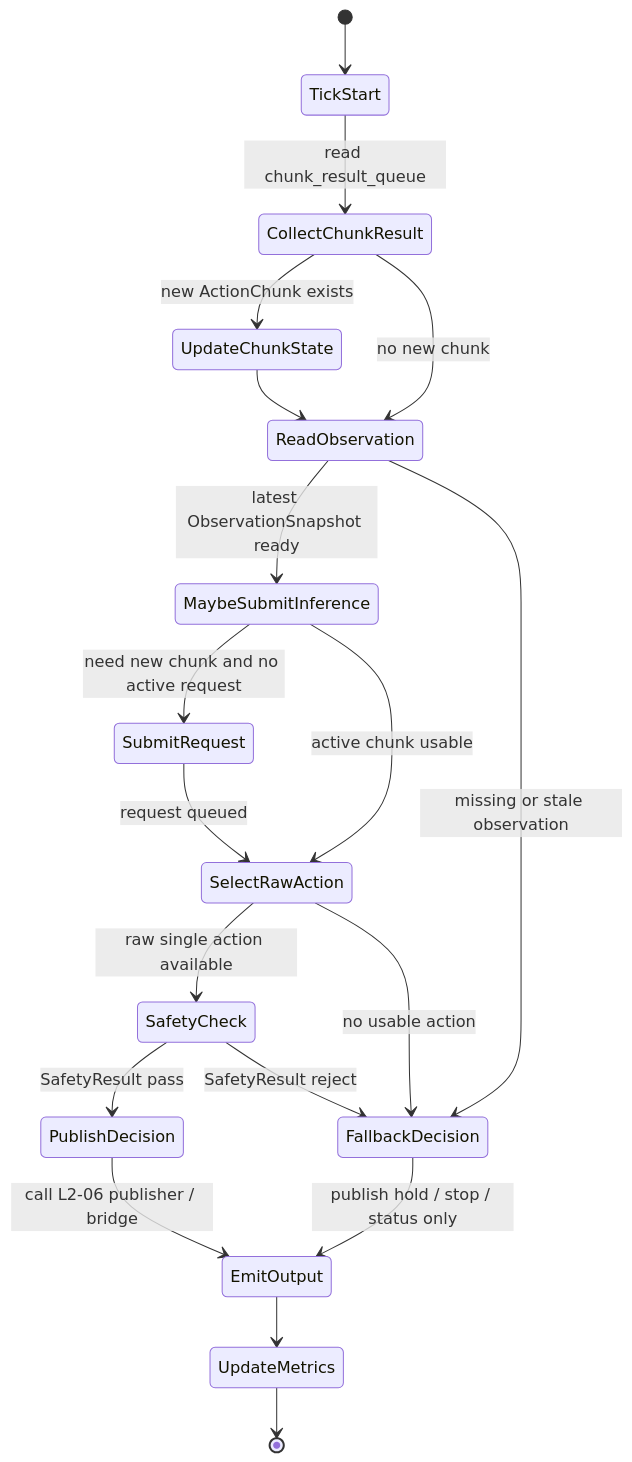
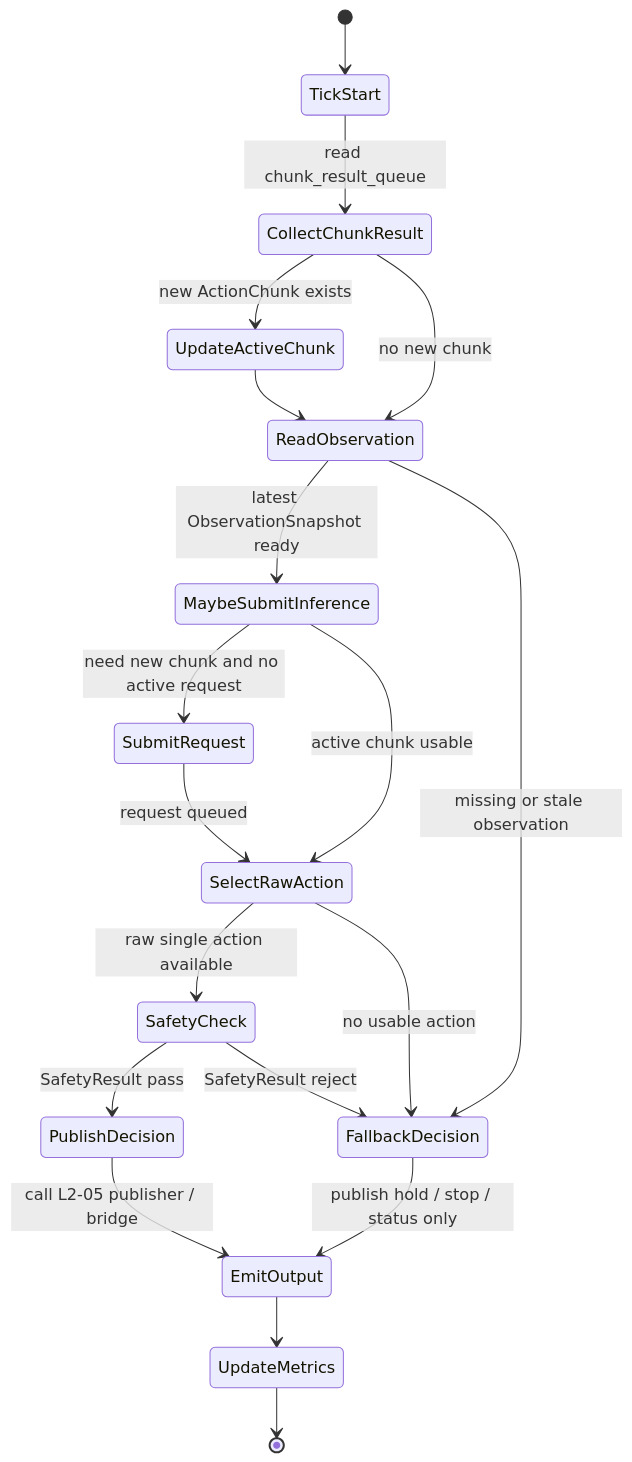
The third of 7 diagrams in DOCS/03_工程/阶段四：模型部署/02_implement/02_L1_ACT功能模块协作架构.md (jack-z36/ROS), drawn with Mermaid before and after one commit. The commit also changed other lines of this file and 21 other files, not shown here.

````diff
--- a/DOCS/03_工程/阶段四：模型部署/02_implement/02_L1_ACT功能模块协作架构.md
+++ b/DOCS/03_工程/阶段四：模型部署/02_implement/02_L1_ACT功能模块协作架构.md
@@ -202,26 +211,26 @@
 ```mermaid
 stateDiagram-v2
     [*] --> TickStart
     TickStart --> CollectChunkResult: read chunk_result_queue
-    CollectChunkResult --> UpdateChunkState: new ActionChunk exists
+    CollectChunkResult --> UpdateActiveChunk: new ActionChunk exists
     CollectChunkResult --> ReadObservation: no new chunk
-    UpdateChunkState --> ReadObservation
+    UpdateActiveChunk --> ReadObservation
 
     ReadObservation --> MaybeSubmitInference: latest ObservationSnapshot ready
     ReadObservation --> FallbackDecision: missing or stale observation
 
     MaybeSubmitInference --> SubmitRequest: need new chunk and no active request
     MaybeSubmitInference --> SelectRawAction: active chunk usable
     SubmitRequest --> SelectRawAction: request queued
 
     SelectRawAction --> SafetyCheck: raw single action available
     SelectRawAction --> FallbackDecision: no usable action
 
     SafetyCheck --> PublishDecision: SafetyResult pass
     SafetyCheck --> FallbackDecision: SafetyResult reject
 
-    PublishDecision --> EmitOutput: call L2-06 publisher / bridge
+    PublishDecision --> EmitOutput: call L2-05 publisher / bridge
     FallbackDecision --> EmitOutput: publish hold / stop / status only
     EmitOutput --> UpdateMetrics
     UpdateMetrics --> [*]
 ```
````
